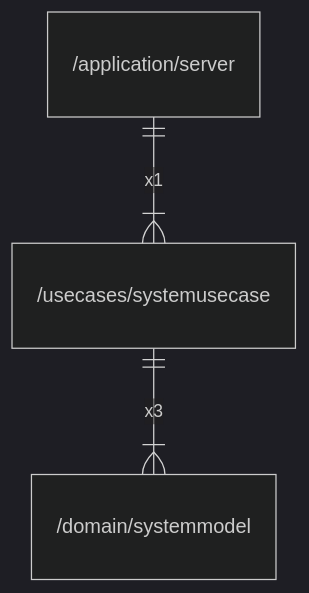
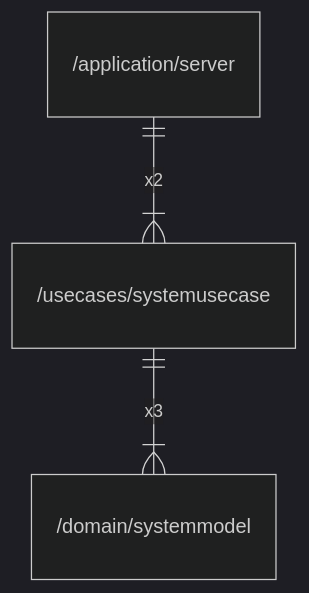
Before and after one commit to gbh007/hgraber-next: the diagram in docs/arch/usecases/systemusecase.md, drawn with Mermaid (dark theme). The commit also changed other lines of this file and 52 other files, not shown here.

````diff
--- a/docs/arch/usecases/systemusecase.md
+++ b/docs/arch/usecases/systemusecase.md
@@ -21,5 +21,5 @@
 ```mermaid
 erDiagram
-    "/application/server" ||--|{ "/usecases/systemusecase" : x1
+    "/application/server" ||--|{ "/usecases/systemusecase" : x2
     "/usecases/systemusecase" ||--|{ "/domain/systemmodel" : x3
 ```
````
